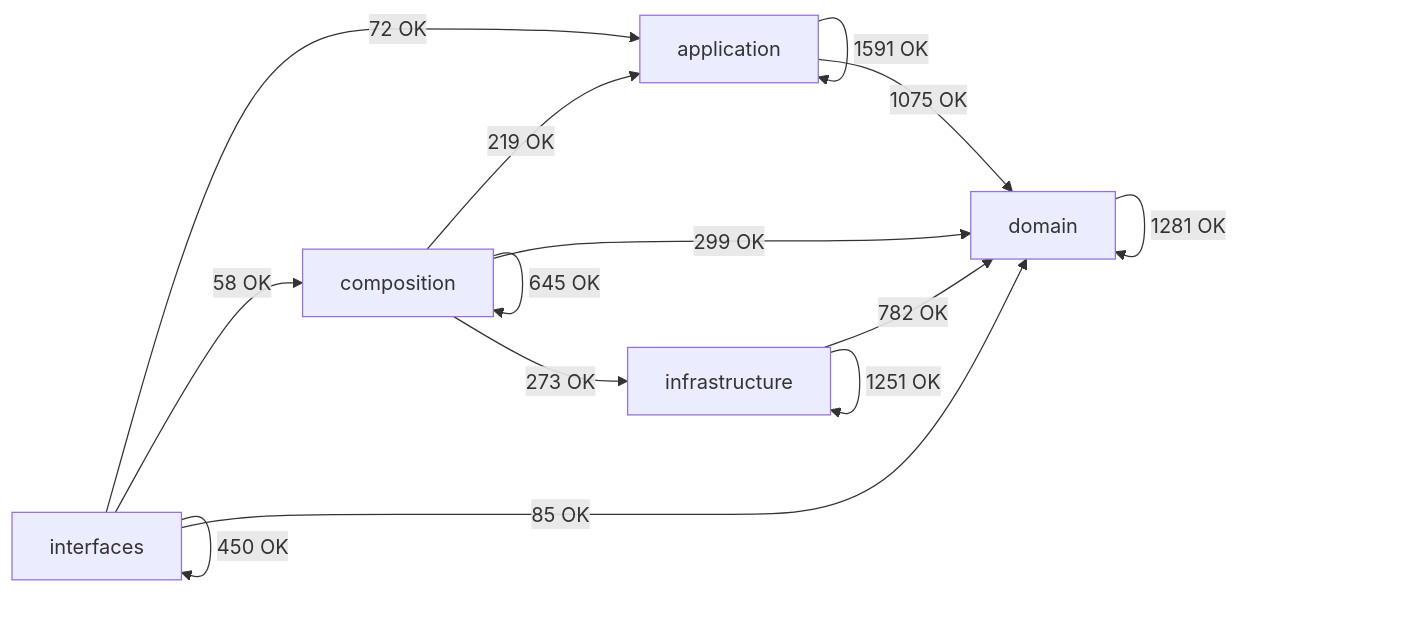
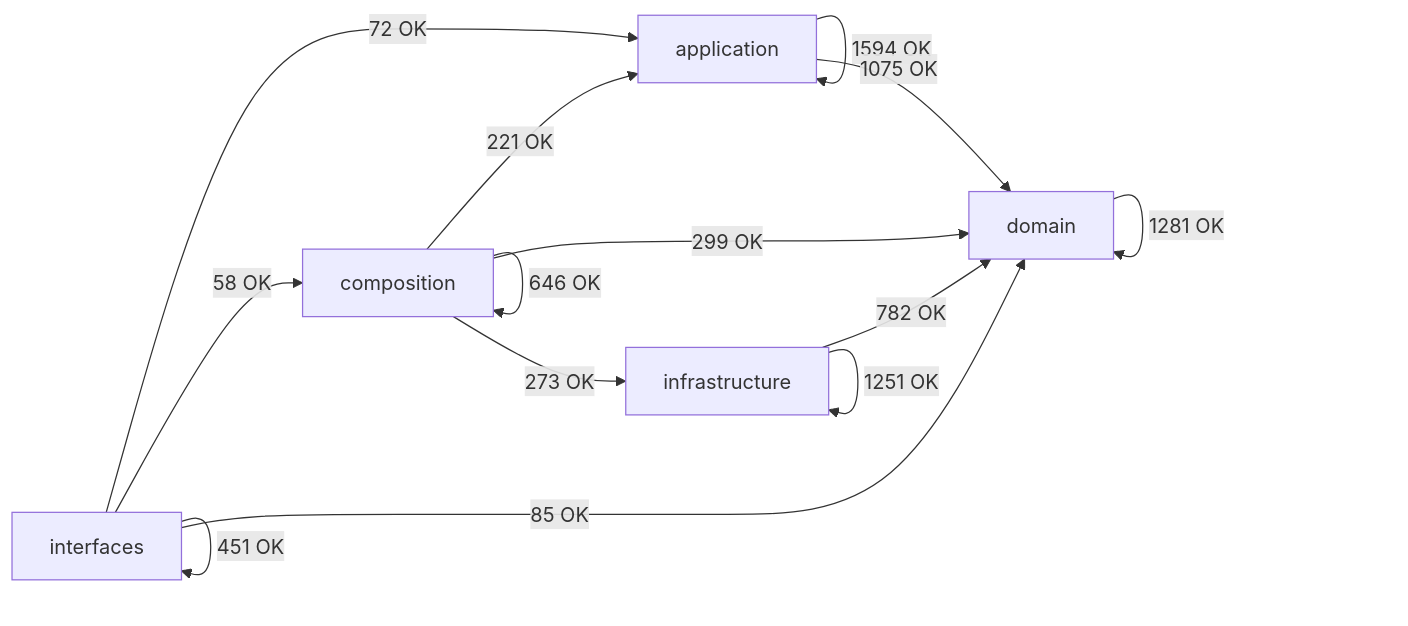
The diagram in docs/02-architecture/generated/module-dependency-map.md (SatoryKono/BioactivityDataAcquisition), drawn with Mermaid before and after one commit. The commit also changed other lines of this file and 24 other files, not shown here.

````diff
--- a/docs/02-architecture/generated/module-dependency-map.md
+++ b/docs/02-architecture/generated/module-dependency-map.md
@@ -17,21 +17,21 @@
 ```mermaid
 flowchart LR
     domain[domain]
     application[application]
     infrastructure[infrastructure]
     composition[composition]
     interfaces[interfaces]
-    application -->|1591 OK| application
+    application -->|1594 OK| application
     application -->|1075 OK| domain
-    composition -->|219 OK| application
-    composition -->|645 OK| composition
+    composition -->|221 OK| application
+    composition -->|646 OK| composition
     composition -->|299 OK| domain
     composition -->|273 OK| infrastructure
     domain -->|1281 OK| domain
     infrastructure -->|782 OK| domain
     infrastructure -->|1251 OK| infrastructure
     interfaces -->|72 OK| application
     interfaces -->|58 OK| composition
     interfaces -->|85 OK| domain
-    interfaces -->|450 OK| interfaces
+    interfaces -->|451 OK| interfaces
 ```
````
